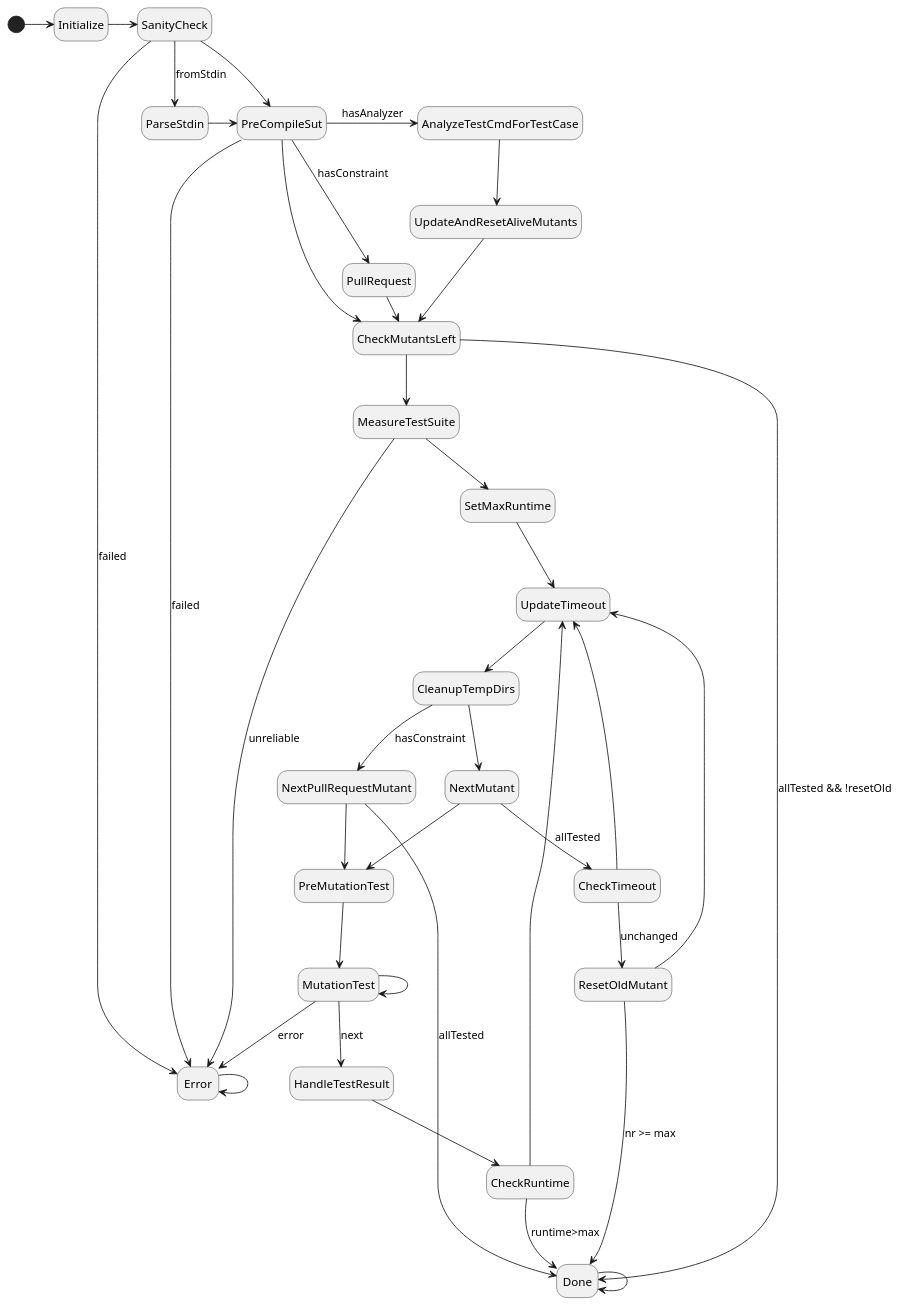
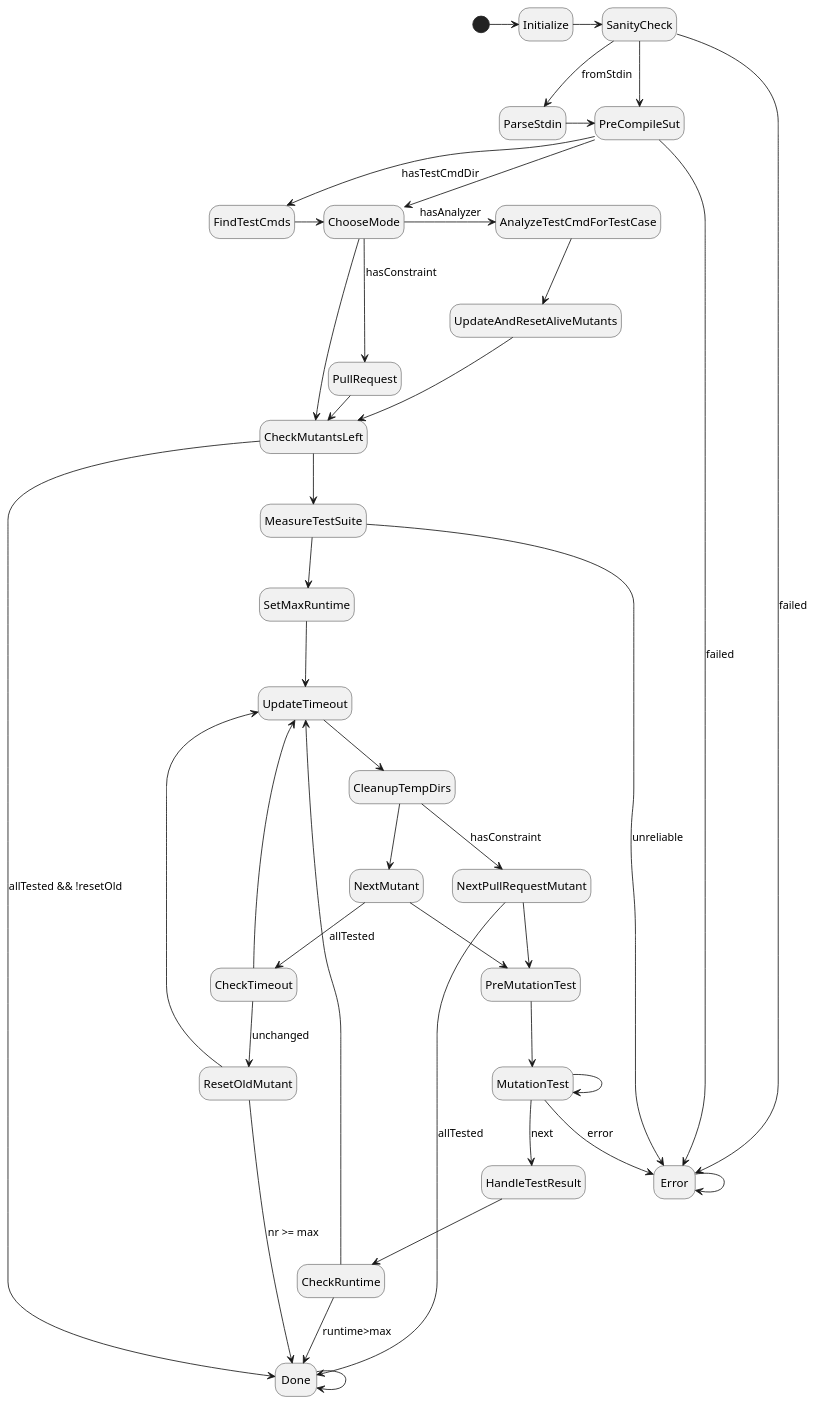
One commit to joakim-brannstrom/dextool changed the diagram in plugin/mutate/doc/design/figures/test_mutant_fsm.pu. Above: the diagram before and after it, drawn with PlantUML. The commit also changed 6 other files, not shown here.

```diff
--- a/plugin/mutate/doc/design/figures/test_mutant_fsm.pu
+++ b/plugin/mutate/doc/design/figures/test_mutant_fsm.pu
@@ -1,64 +1,69 @@
 @startuml
 hide empty description
 
 [*] -> Initialize
 
 Initialize -> SanityCheck
 
 SanityCheck --> Error : failed
 SanityCheck --> ParseStdin : fromStdin
 SanityCheck -> PreCompileSut
 
 ParseStdin -> PreCompileSut
 
 PreCompileSut --> Error : failed
-PreCompileSut -> AnalyzeTestCmdForTestCase : hasAnalyzer
-PreCompileSut --> PullRequest : hasConstraint
-PreCompileSut --> CheckMutantsLeft
+PreCompileSut --> FindTestCmds : hasTestCmdDir
+PreCompileSut --> ChooseMode
+
+FindTestCmds -> ChooseMode
+
+ChooseMode -> AnalyzeTestCmdForTestCase : hasAnalyzer
+ChooseMode --> PullRequest : hasConstraint
+ChooseMode --> CheckMutantsLeft
 
 PullRequest -> CheckMutantsLeft
 
 AnalyzeTestCmdForTestCase --> UpdateAndResetAliveMutants
 
 UpdateAndResetAliveMutants --> CheckMutantsLeft
 
 UpdateTimeout --> CleanupTempDirs
 
 CleanupTempDirs --> NextMutant
 CleanupTempDirs --> NextPullRequestMutant : hasConstraint
 
 CheckMutantsLeft --> Done : allTested && !resetOld
 CheckMutantsLeft --> MeasureTestSuite
 
 MeasureTestSuite --> Error : unreliable
 MeasureTestSuite --> SetMaxRuntime
 
 SetMaxRuntime --> UpdateTimeout
 
 CheckRuntime --> UpdateTimeout
 CheckRuntime --> Done : runtime>max
 
 NextMutant --> CheckTimeout : allTested
 NextMutant --> PreMutationTest
 
 NextPullRequestMutant --> PreMutationTest
 NextPullRequestMutant --> Done : allTested
 
 PreMutationTest --> MutationTest
 
 MutationTest --> HandleTestResult : next
 MutationTest --> Error : error
 MutationTest --> MutationTest
 
 HandleTestResult --> CheckRuntime
 
 CheckTimeout --> ResetOldMutant : unchanged
 CheckTimeout --> UpdateTimeout
 
 ResetOldMutant --> UpdateTimeout
 ResetOldMutant --> Done : nr >= max
 
 Done --> Done
 
 Error --> Error
 @enduml
```
